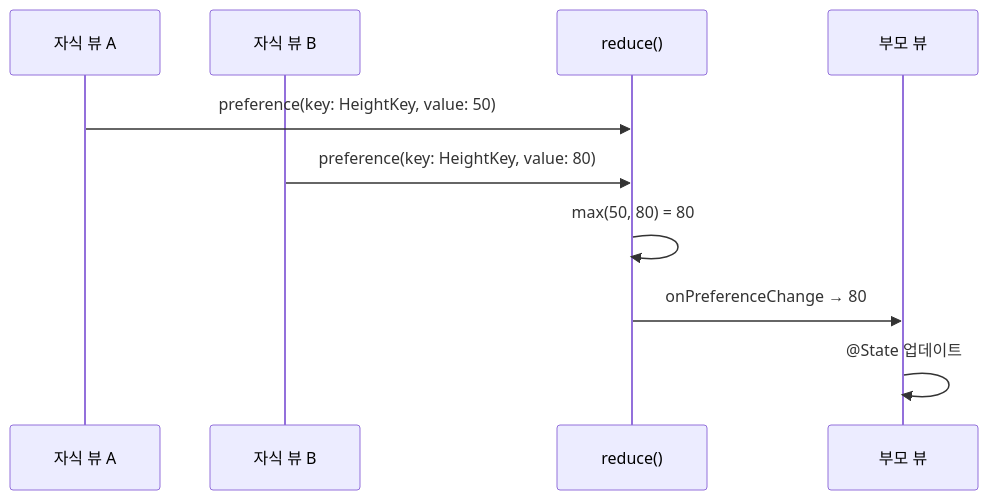
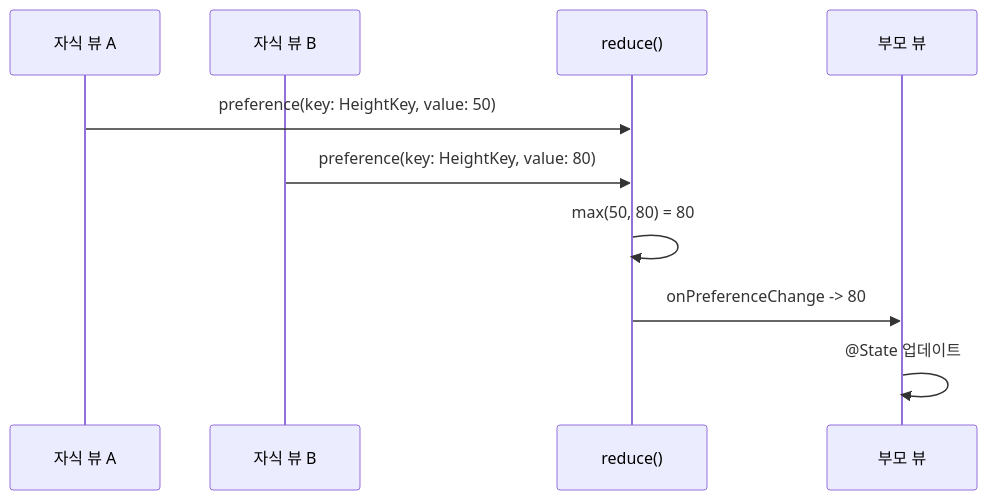
Before and after one commit to jsonpassion/forge-tutorial-swift: the second of 4 diagrams in 11-advanced-swiftui/03-preference-geometry.md, drawn with Mermaid. The commit also changed other lines of this file and 69 other files, not shown here.

````diff
--- a/11-advanced-swiftui/03-preference-geometry.md
+++ b/11-advanced-swiftui/03-preference-geometry.md
@@ -42,12 +42,12 @@
 ```mermaid
 sequenceDiagram
     participant C1 as 자식 뷰 A
     participant C2 as 자식 뷰 B
     participant R as reduce()
     participant P as 부모 뷰
     C1->>R: preference(key: HeightKey, value: 50)
     C2->>R: preference(key: HeightKey, value: 80)
     R->>R: max(50, 80) = 80
-    R->>P: onPreferenceChange → 80
+    R->>P: onPreferenceChange -> 80
     P->>P: @State 업데이트
 ```
````
